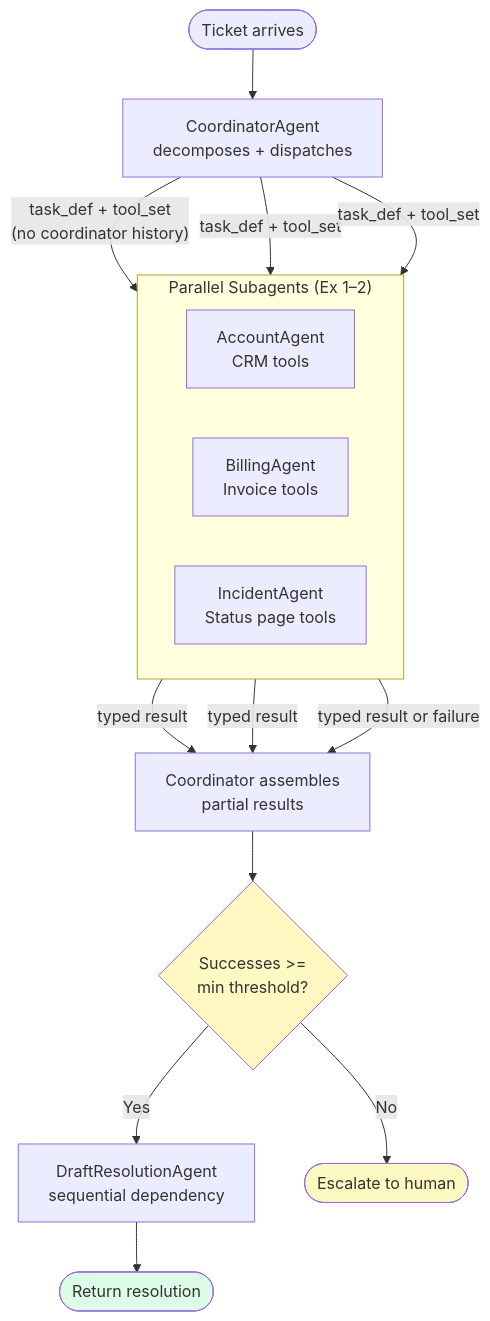
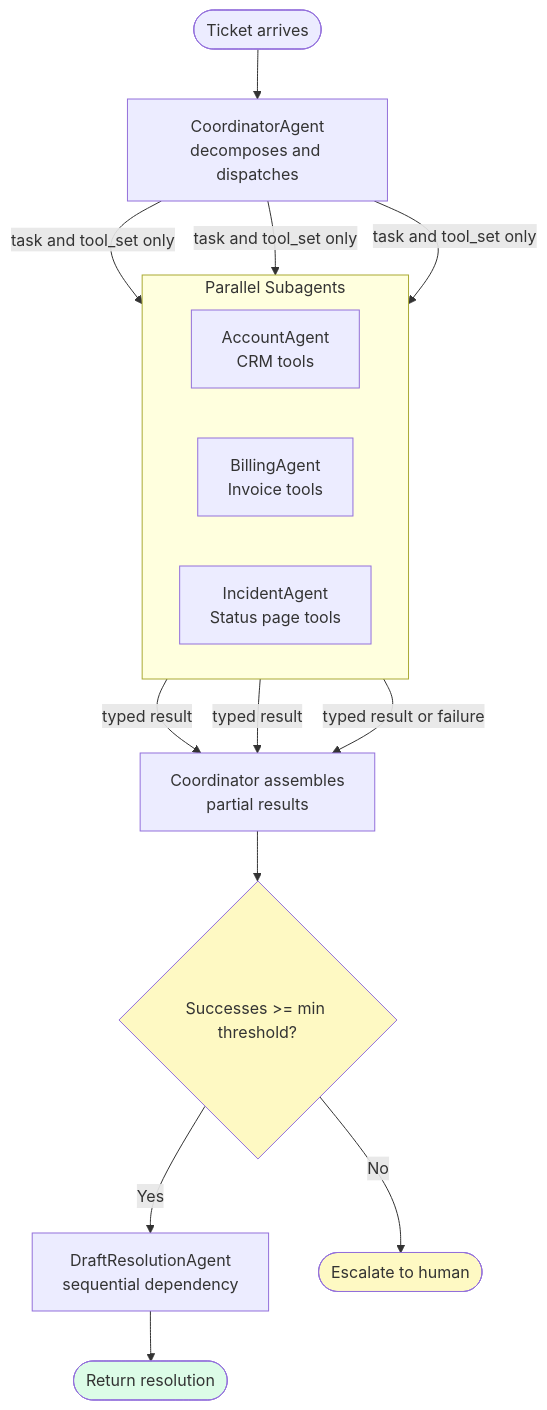
The first of 7 diagrams in labs/week-3-agentic-architecture-part2/README.md (wb-platform-engineering-lab/anthropic-certified-architect-lab), drawn with Mermaid before and after one commit. The commit also changed other lines of this file, not shown here.

First line of the commit message:
Fix Week 3 flowchart diagrams for correct rendering

````diff
--- a/labs/week-3-agentic-architecture-part2/README.md
+++ b/labs/week-3-agentic-architecture-part2/README.md
@@ -11,29 +11,29 @@
 ```mermaid
 flowchart TD
-    Ticket([Ticket arrives]) --> Coord[CoordinatorAgent\ndecomposes + dispatches]
+    Ticket([Ticket arrives]) --> Coord[CoordinatorAgent\ndecomposes and dispatches]
 
-    subgraph Parallel ["Parallel Subagents (Ex 1–2)"]
+    subgraph Parallel ["Parallel Subagents"]
         direction LR
         SA1[AccountAgent\nCRM tools]
         SA2[BillingAgent\nInvoice tools]
         SA3[IncidentAgent\nStatus page tools]
     end
 
-    Coord -->|"task_def + tool_set\n(no coordinator history)"| SA1
-    Coord -->|"task_def + tool_set"| SA2
-    Coord -->|"task_def + tool_set"| SA3
+    Coord -->|task and tool_set only| SA1
+    Coord -->|task and tool_set only| SA2
+    Coord -->|task and tool_set only| SA3
 
     SA1 -->|typed result| Merge[Coordinator assembles\npartial results]
     SA2 -->|typed result| Merge
     SA3 -->|typed result or failure| Merge
 
-    Merge --> Threshold{Successes >=\nmin threshold?}
+    Merge --> Threshold{Successes >= min threshold?}
     Threshold -->|Yes| Draft[DraftResolutionAgent\nsequential dependency]
     Threshold -->|No| Escalate([Escalate to human])
 
     Draft --> Done([Return resolution])
 
     style Done fill:#dcfce7
     style Escalate fill:#fef9c3
     style Threshold fill:#fef9c3
 ```
````
